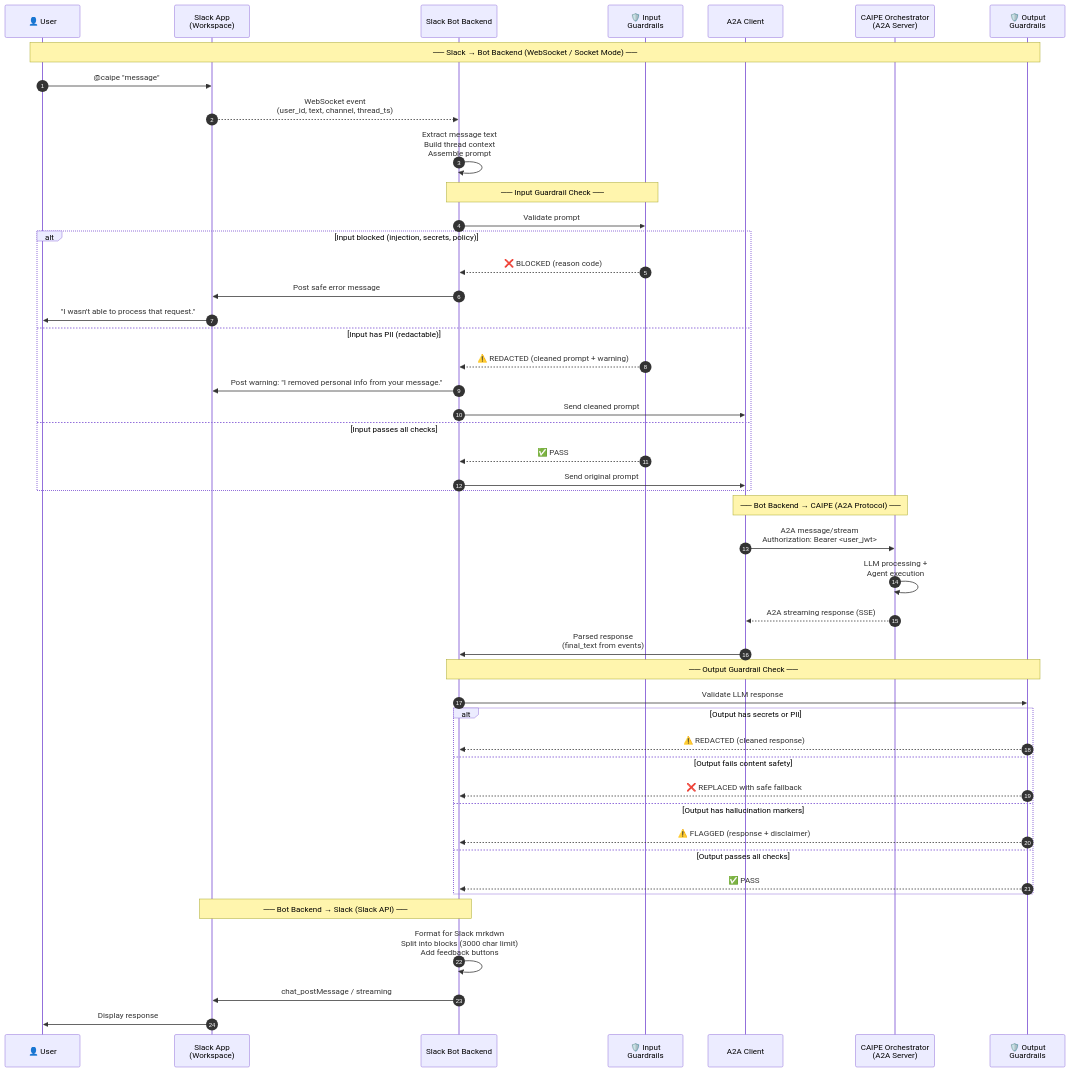
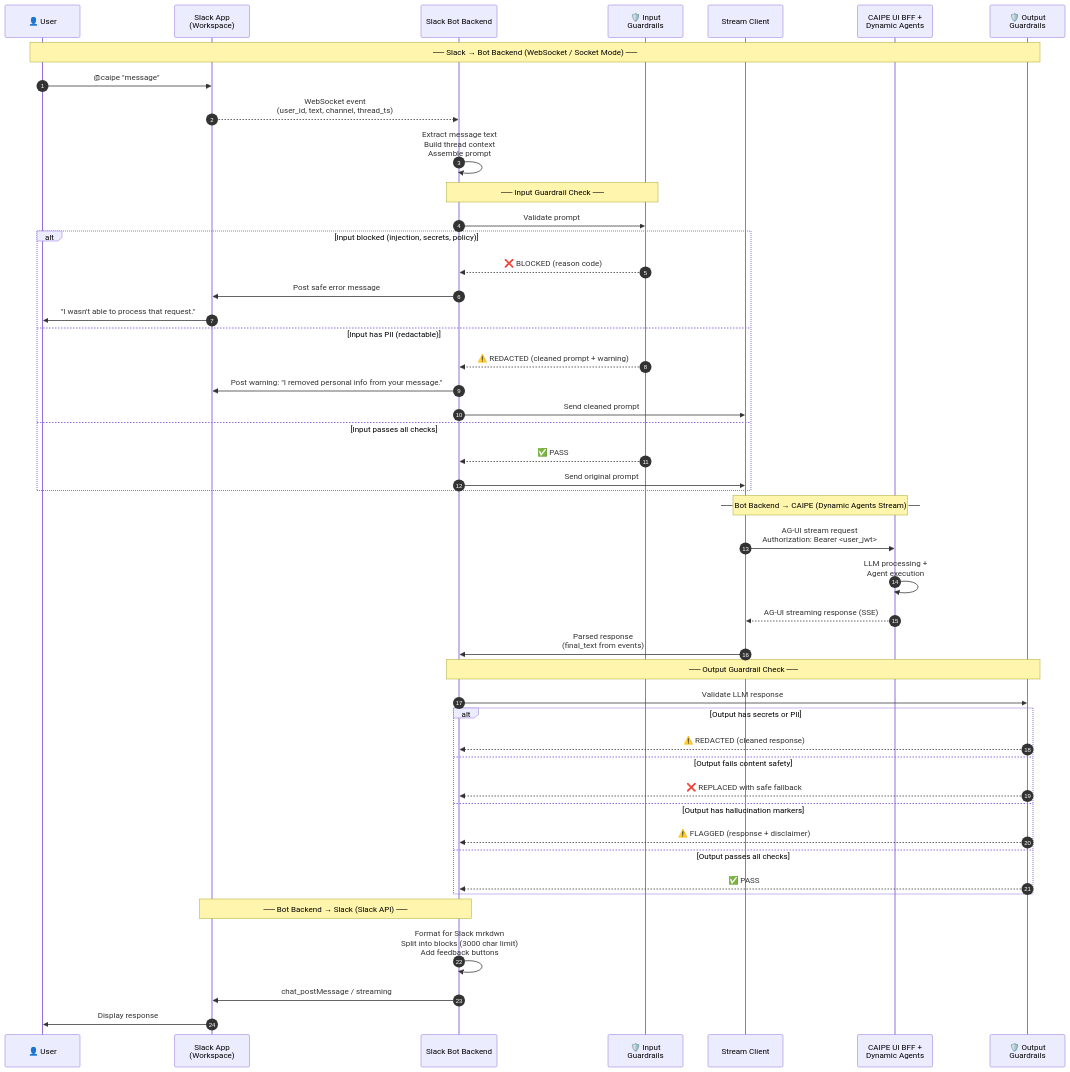
One commit to cnoe-io/ai-platform-engineering changed the fifth of 8 diagrams in docs/docs/architecture/slack-io-guardrails.md. Above: the diagram before and after it, drawn with Mermaid. The commit also changed other lines of this file and 252 other files, not shown here.

````diff
--- a/docs/docs/architecture/slack-io-guardrails.md
+++ b/docs/docs/architecture/slack-io-guardrails.md
@@ -198,63 +198,63 @@
 ```mermaid
 sequenceDiagram
     autonumber
     participant U as 👤 User
     participant SA as Slack App<br/>(Workspace)
     participant SB as Slack Bot Backend
     participant IG as 🛡️ Input<br/>Guardrails
-    participant A2A as A2A Client
-    participant OR as CAIPE Orchestrator<br/>(A2A Server)
+    participant STREAM as Stream Client
+    participant OR as CAIPE UI BFF +<br/>Dynamic Agents
     participant OG as 🛡️ Output<br/>Guardrails
 
     Note over U,OG: ── Slack → Bot Backend (WebSocket / Socket Mode) ──
 
     U->>SA: @caipe "message"
     SA-->>SB: WebSocket event<br/>(user_id, text, channel, thread_ts)
 
     SB->>SB: Extract message text<br/>Build thread context<br/>Assemble prompt
 
     Note over SB,IG: ── Input Guardrail Check ──
 
     SB->>IG: Validate prompt
 
     alt Input blocked (injection, secrets, policy)
         IG-->>SB: ❌ BLOCKED (reason code)
         SB->>SA: Post safe error message
         SA->>U: "I wasn't able to process that request."
     else Input has PII (redactable)
         IG-->>SB: ⚠️ REDACTED (cleaned prompt + warning)
         SB->>SA: Post warning: "I removed personal info from your message."
-        SB->>A2A: Send cleaned prompt
+        SB->>STREAM: Send cleaned prompt
     else Input passes all checks
         IG-->>SB: ✅ PASS
-        SB->>A2A: Send original prompt
+        SB->>STREAM: Send original prompt
     end
 
-    Note over A2A,OR: ── Bot Backend → CAIPE (A2A Protocol) ──
+    Note over STREAM,OR: ── Bot Backend → CAIPE (Dynamic Agents Stream) ──
 
-    A2A->>OR: A2A message/stream<br/>Authorization: Bearer <user_jwt>
+    STREAM->>OR: AG-UI stream request<br/>Authorization: Bearer <user_jwt>
     OR->>OR: LLM processing +<br/>Agent execution
-    OR-->>A2A: A2A streaming response (SSE)
+    OR-->>STREAM: AG-UI streaming response (SSE)
 
-    A2A->>SB: Parsed response<br/>(final_text from events)
+    STREAM->>SB: Parsed response<br/>(final_text from events)
 
     Note over SB,OG: ── Output Guardrail Check ──
 
     SB->>OG: Validate LLM response
 
     alt Output has secrets or PII
         OG-->>SB: ⚠️ REDACTED (cleaned response)
     else Output fails content safety
         OG-->>SB: ❌ REPLACED with safe fallback
     else Output has hallucination markers
         OG-->>SB: ⚠️ FLAGGED (response + disclaimer)
     else Output passes all checks
         OG-->>SB: ✅ PASS
     end
 
     Note over SB,SA: ── Bot Backend → Slack (Slack API) ──
 
     SB->>SB: Format for Slack mrkdwn<br/>Split into blocks (3000 char limit)<br/>Add feedback buttons
     SB->>SA: chat_postMessage / streaming
     SA->>U: Display response
 ```
````
